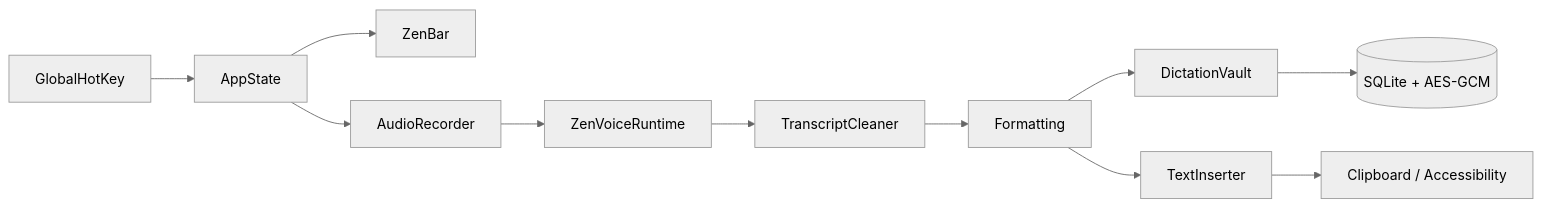
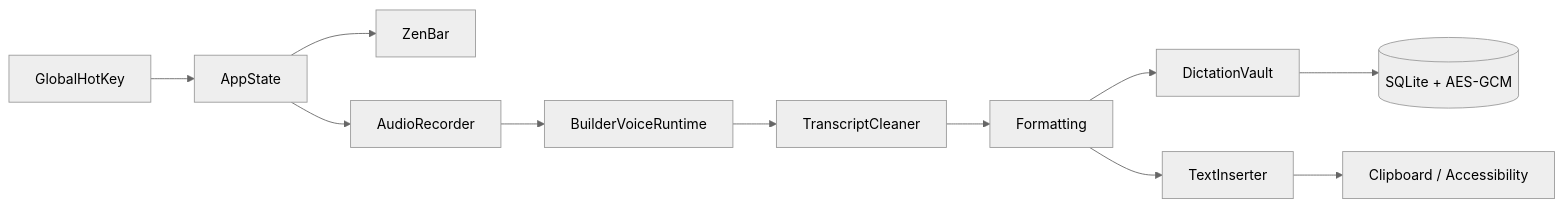
The diagram in README.md (imYashChaudhary973/ZenVoice), drawn with Mermaid (neutral theme) before and after one commit. The commit also changed other lines of this file and 341 other files, not shown here.

First line of the commit message:
refactor: rename code and repo to BuilderVoice

````diff
--- a/README.md
+++ b/README.md
@@ -181,13 +181,13 @@
 ```mermaid
 flowchart LR
     Hotkey[GlobalHotKey] --> State[AppState]
     State --> Bar[ZenBar]
     State --> Rec[AudioRecorder]
-    Rec --> Runtime[ZenVoiceRuntime]
+    Rec --> Runtime[BuilderVoiceRuntime]
     Runtime --> Clean[TranscriptCleaner]
     Clean --> Refine[Formatting]
     Refine --> Vault[DictationVault]
     Refine --> Insert[TextInserter]
     Vault --> SQLite[(SQLite + AES-GCM)]
     Insert --> Paste[Clipboard / Accessibility]
 ```
````
